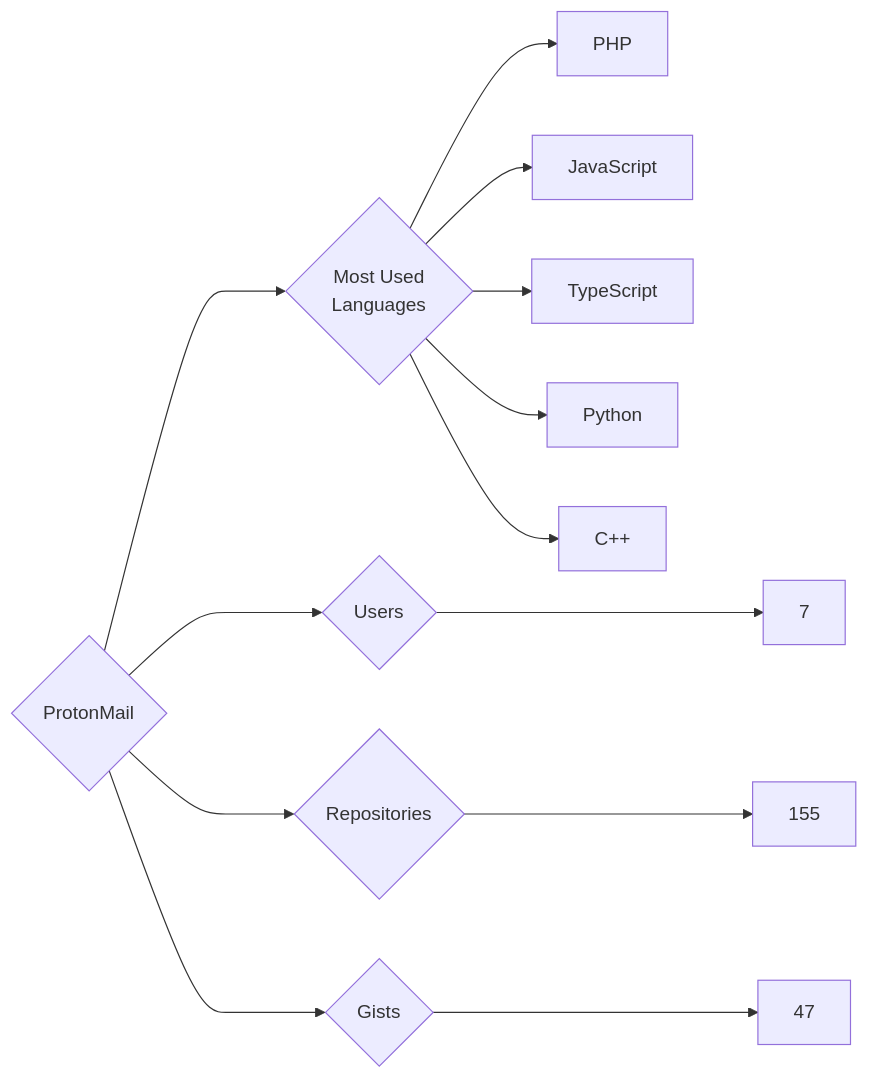
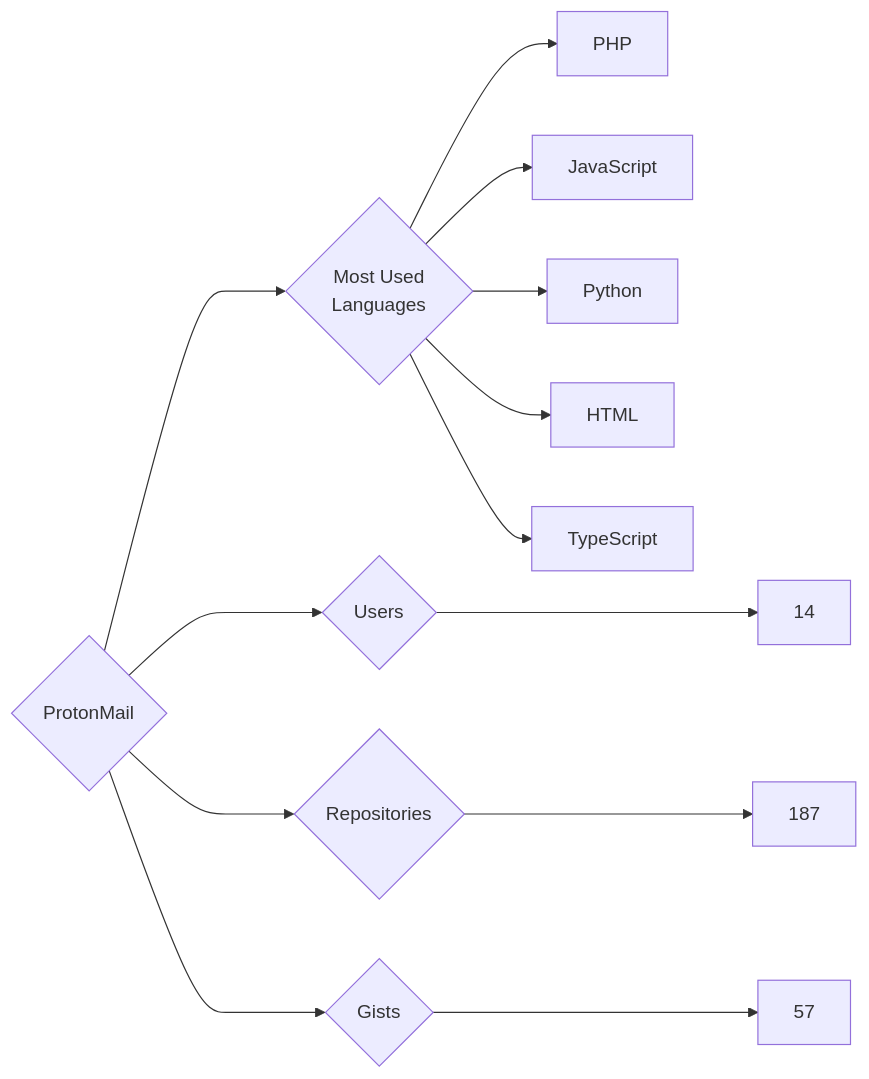
Before and after one commit to trickest/insiders: the diagram in targets/ProtonMail/README.md, drawn with Mermaid. The commit also changed 928 other files, not shown here.

````diff
--- a/targets/ProtonMail/README.md
+++ b/targets/ProtonMail/README.md
@@ -3,13 +3,13 @@
 ```mermaid
 graph LR
 COMPANY_NAME{ProtonMail}
-COMPANY_NAME ---> U{Users} ---> UN[7]
-COMPANY_NAME ---> R{Repositories} ---> RN[155]
-COMPANY_NAME ---> G{Gists} ---> GN[47]
+COMPANY_NAME ---> U{Users} ---> UN[14]
+COMPANY_NAME ---> R{Repositories} ---> RN[187]
+COMPANY_NAME ---> G{Gists} ---> GN[57]
 COMPANY_NAME ---> ML{Most Used<br>Languages}
 ML --> PHP[PHP]
 ML --> JavaScript[JavaScript]
+ML --> Python[Python]
+ML --> HTML[HTML]
 ML --> TypeScript[TypeScript]
-ML --> Python[Python]
-ML --> C++[C++]
 ```
````
